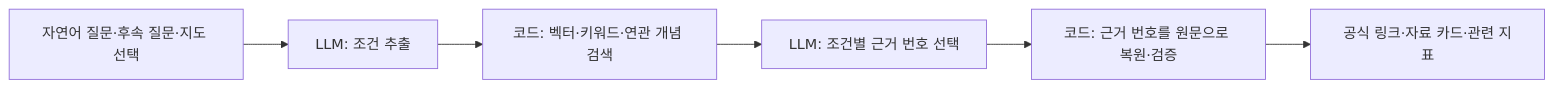
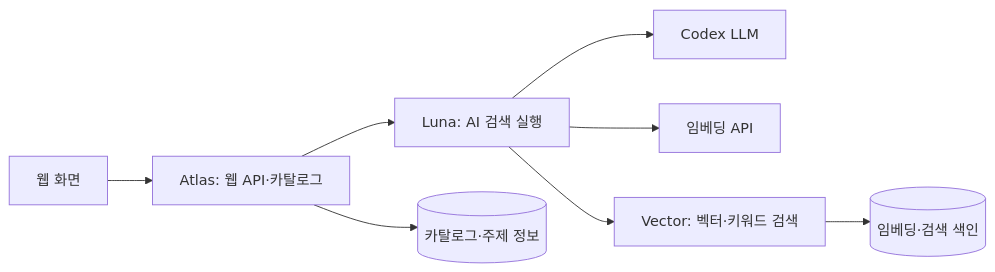
One commit to ManziGit/Dataieum changed the diagram in README.md. Above: the diagram before and after it, drawn with Mermaid. The commit also changed other lines of this file, not shown here.

````diff
--- a/README.md
+++ b/README.md
@@ -145,8 +21,10 @@
 ```mermaid
 flowchart LR
-    A[자연어 질문·후속 질문·지도 선택] --> B[LLM: 조건 추출]
-    B --> C[코드: 벡터·키워드·연관 개념 검색]
-    C --> D[LLM: 조건별 근거 번호 선택]
-    D --> E[코드: 근거 번호를 원문으로 복원·검증]
-    E --> F[공식 링크·자료 카드·관련 지표]
+    UI[웹 화면] --> Atlas[Atlas: 웹 API·카탈로그]
+    Atlas --> Luna[Luna: AI 검색 실행]
+    Luna --> LLM[Codex LLM]
+    Luna --> Embed[임베딩 API]
+    Luna --> Vector[Vector: 벡터·키워드 검색]
+    Atlas --> Catalog[(카탈로그·주제 정보)]
+    Vector --> Index[(임베딩·검색 색인)]
 ```
````
